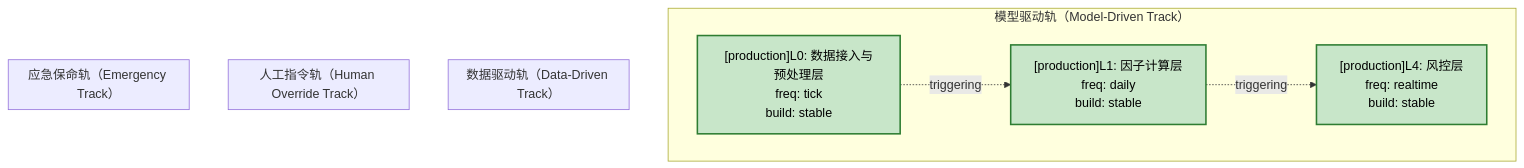
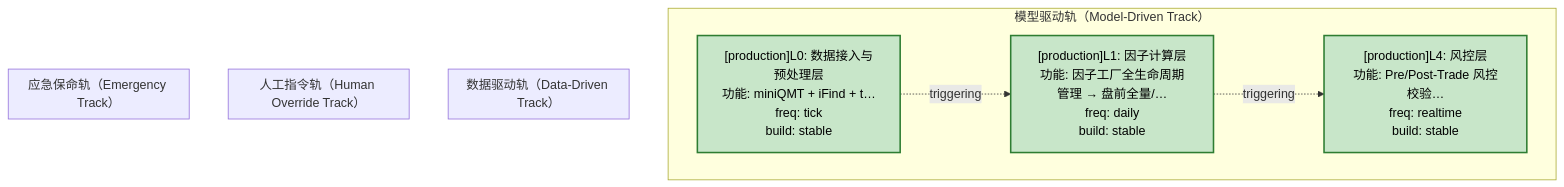
Before and after one commit to xuanFelixVan/ZephyrAlpha: the second of 5 diagrams in docs/02_enterprise_architecture/06_decision_architecture/decision_index.md, drawn with Mermaid. The commit also changed other lines of this file and 7 other files, not shown here.

First line of the commit message:
feat(decisiongraph): Layer 加 module_id+source_code_ref 字段，全景图展示蓝图/代码/功能简述

````diff
--- a/docs/02_enterprise_architecture/06_decision_architecture/decision_index.md
+++ b/docs/02_enterprise_architecture/06_decision_architecture/decision_index.md
@@ -78,22 +78,22 @@
 ```mermaid
 flowchart TD
     subgraph track_model_driven["模型驱动轨（Model-Driven Track）"]
-        LL0["[production]L0: 数据接入与预处理层<br/>freq: tick<br/>build: stable"]:::bsStable
-        LL1["[production]L1: 因子计算层<br/>freq: daily<br/>build: stable"]:::bsStable
-        LL4["[production]L4: 风控层<br/>freq: realtime<br/>build: stable"]:::bsStable
+        LL0["[production]L0: 数据接入与预处理层<br/>功能: miniQMT + iFind + t…<br/>freq: tick<br/>build: stable"]:::bsStable
+        LL1["[production]L1: 因子计算层<br/>功能: 因子工厂全生命周期管理 → 盘前全量/…<br/>freq: daily<br/>build: stable"]:::bsStable
+        LL4["[production]L4: 风控层<br/>功能: Pre/Post-Trade 风控校验…<br/>freq: realtime<br/>build: stable"]:::bsStable
     end
     subgraph track_data_driven["数据驱动轨（Data-Driven Track）"]
     end
     subgraph track_human_override["人工指令轨（Human Override Track）"]
     end
     subgraph track_emergency["应急保命轨（Emergency Track）"]
     end
     LL0 -.->|triggering| LL1
     LL1 -.->|triggering| LL4
 
     classDef bsStable fill:#c8e6c9,stroke:#2e7d32,stroke-width:2px,color:#000
     classDef bsGenerated fill:#fff9c4,stroke:#f9a825,stroke-width:2px,color:#000
     classDef bsTesting fill:#ffe0b2,stroke:#ef6c00,stroke-width:2px,color:#000
     classDef bsPlanned fill:#e1f5fe,stroke:#0277bd,stroke-width:2px,color:#000,stroke-dasharray: 5 5
     classDef bsDeprecated fill:#ffcdd2,stroke:#c62828,stroke-width:2px,color:#000,stroke-dasharray: 5 5
 ```
````
